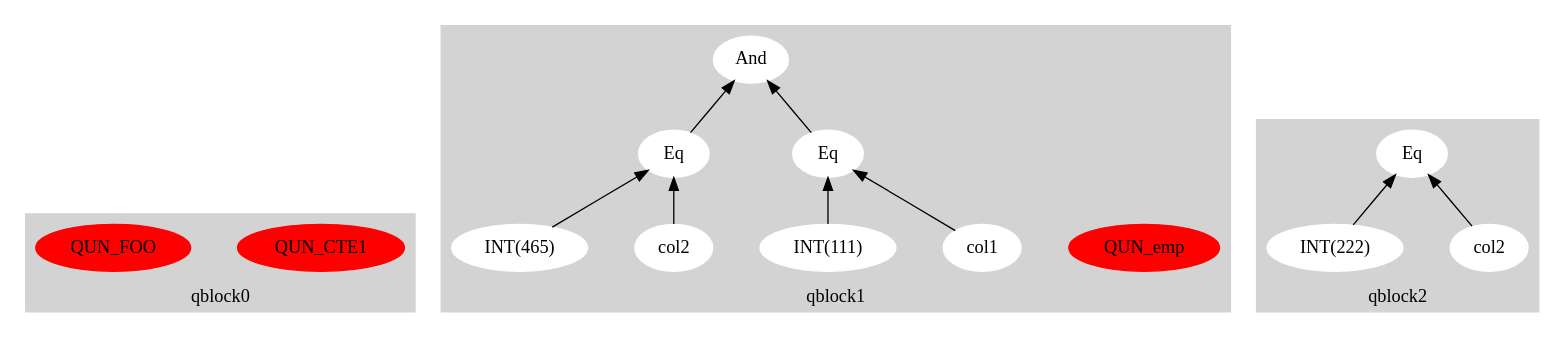
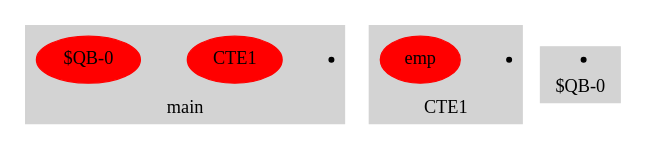
Before and after one commit to adarshpannu/kona: the diagram in qgm.dot, drawn with Graphviz. The commit also changed 6 other files, not shown here.

```diff
--- a/qgm.dot
+++ b/qgm.dot
@@ -1,39 +1,24 @@
 digraph example1 {
     node [style=filled,color=white];
     rankdir=BT;
     splines=polyline;
     nodesep=0.5;
     style=filled;
     color=lightgrey;
   subgraph cluster_0 {
-    QUN_CTE1[color=red]
-    QUN_FOO[color=red]
-    label =  "qblock0";
+    "0"[shape=point, color=black];
+    label = "main";
+    "CTE1"[color=red]
+    "$QB-0"[color=red]
   }
   subgraph cluster_1 {
-    QUN_emp[color=red]
-    label =  "qblock1";
-    exprnode0x7ff94e60c538[label="And"];
-    exprnode0x7ff94e60bfc8 -> exprnode0x7ff94e60c538;
-    exprnode0x7ff94e60c4e8 -> exprnode0x7ff94e60c538;
-    exprnode0x7ff94e60bfc8[label="Eq"];
-    exprnode0x7ff94e60a6c8 -> exprnode0x7ff94e60bfc8;
-    exprnode0x7ff94e60bf78 -> exprnode0x7ff94e60bfc8;
-    exprnode0x7ff94e60a6c8[label="col1"];
-    exprnode0x7ff94e60bf78[label="INT(111)"];
-    exprnode0x7ff94e60c4e8[label="Eq"];
-    exprnode0x7ff94e60c018 -> exprnode0x7ff94e60c4e8;
-    exprnode0x7ff94e60c498 -> exprnode0x7ff94e60c4e8;
-    exprnode0x7ff94e60c018[label="col2"];
-    exprnode0x7ff94e60c498[label="INT(465)"];
+    "1"[shape=point, color=black];
+    label = "CTE1";
+    "emp"[color=red]
   }
   subgraph cluster_2 {
-    QUN_emp[color=red]
-    label =  "qblock2";
-    exprnode0x7ff94e60ce68[label="Eq"];
-    exprnode0x7ff94e60cdc8 -> exprnode0x7ff94e60ce68;
-    exprnode0x7ff94e60ce18 -> exprnode0x7ff94e60ce68;
-    exprnode0x7ff94e60cdc8[label="col2"];
-    exprnode0x7ff94e60ce18[label="INT(222)"];
+    "2"[shape=point, color=black];
+    label = "$QB-0";
+    "emp"[color=red]
   }
 }
```
